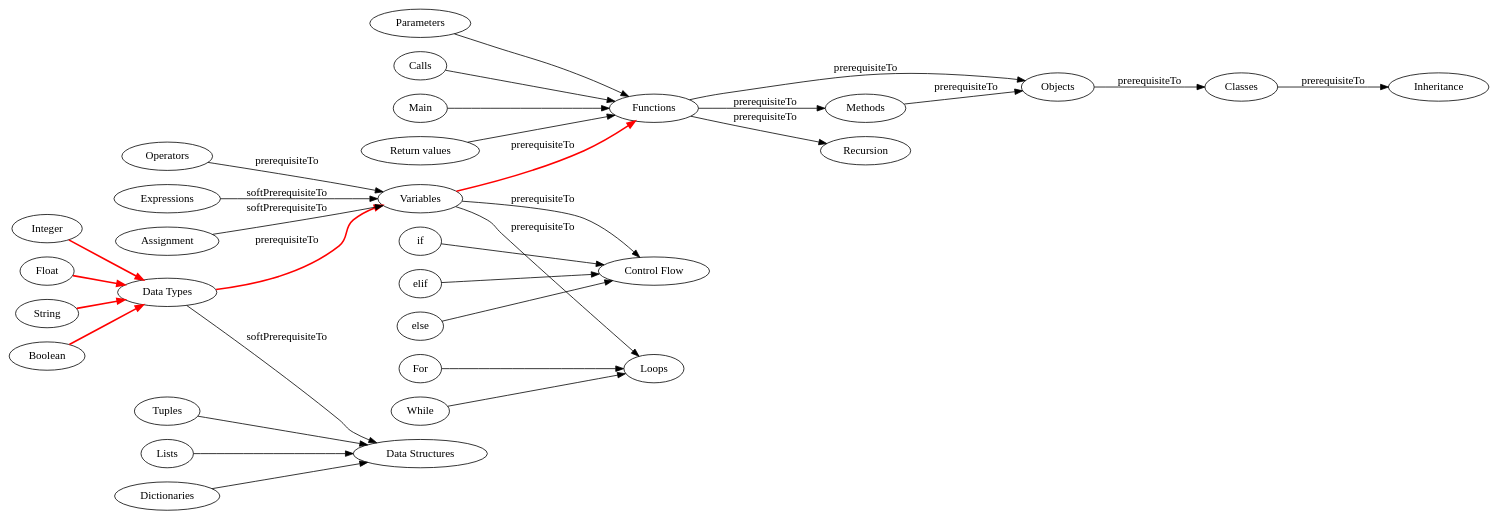
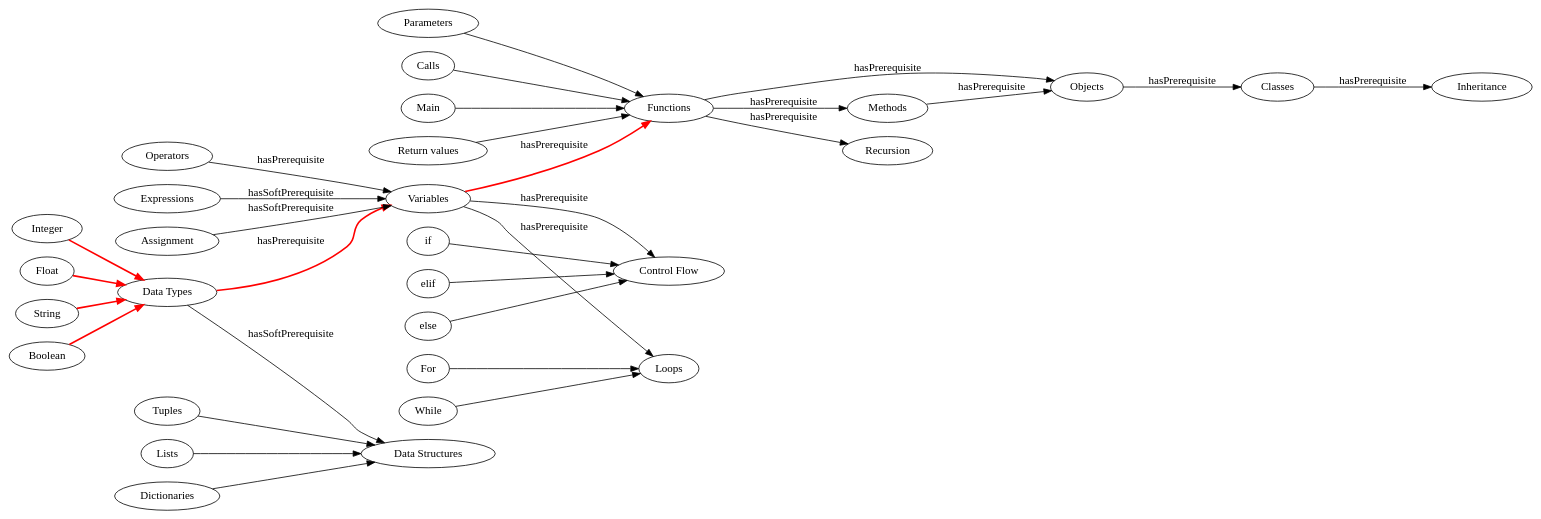
The diagram in graphviz/Sequence1.dot (ezrichards/concept-graph), drawn with Graphviz before and after one commit. The commit also changed 12 other files, not shown here.

```diff
--- a/graphviz/Sequence1.dot
+++ b/graphviz/Sequence1.dot
@@ -1,53 +1,53 @@
 digraph {
    rankdir=LR;
 
    # data types
    "Integer" -> "Data Types" [color=red,penwidth=2.0];
    "Float" -> "Data Types" [color=red,penwidth=2.0];
    "String" -> "Data Types" [color=red,penwidth=2.0];
    "Boolean" -> "Data Types" [color=red,penwidth=2.0];
 
    # nodes into variables
-   "Data Types" -> "Variables" [ label="prerequisiteTo",color=red,penwidth=2.0 ];
-   "Operators" -> "Variables" [ label="prerequisiteTo" ];
-   "Expressions" -> "Variables" [ label="softPrerequisiteTo" ];
-   "Assignment" -> "Variables" [ label="softPrerequisiteTo" ];
+   "Data Types" -> "Variables" [ label="hasPrerequisite",color=red,penwidth=2.0 ];
+   "Operators" -> "Variables" [ label="hasPrerequisite" ];
+   "Expressions" -> "Variables" [ label="hasSoftPrerequisite" ];
+   "Assignment" -> "Variables" [ label="hasSoftPrerequisite" ];
 
    # nodes away from variables
-   "Variables" -> "Functions" [ label="prerequisiteTo", color=red,penwidth=2.0 ];
-   "Variables" -> "Control Flow" [ label="prerequisiteTo" ];
-   "Variables" -> "Loops" [ label="prerequisiteTo" ];
+   "Variables" -> "Functions" [ label="hasPrerequisite", color=red,penwidth=2.0 ];
+   "Variables" -> "Control Flow" [ label="hasPrerequisite" ];
+   "Variables" -> "Loops" [ label="hasPrerequisite" ];
    
    # functions
-   "Functions" -> "Objects" [ label="prerequisiteTo" ];
-   "Functions" -> "Recursion" [ label="prerequisiteTo" ];
-   "Functions" -> "Methods" [ label="prerequisiteTo" ];
+   "Functions" -> "Objects" [ label="hasPrerequisite" ];
+   "Functions" -> "Recursion" [ label="hasPrerequisite" ];
+   "Functions" -> "Methods" [ label="hasPrerequisite" ];
    
-   "Methods" -> "Objects" [ label="prerequisiteTo" ];
+   "Methods" -> "Objects" [ label="hasPrerequisite" ];
 
    # functions children
    "Return values" -> "Functions";
    "Parameters" -> "Functions";
    "Calls" -> "Functions";
    "Main" -> "Functions";
 
    # loops children
    "While" -> "Loops"
    "For" -> "Loops"
 
    # control flow children
    "if" -> "Control Flow"
    "elif" -> "Control Flow"
    "else" -> "Control Flow"
 
    # objects & classes
-   "Objects" -> "Classes" [ label="prerequisiteTo" ];
-   "Classes" -> "Inheritance" [ label="prerequisiteTo" ];
+   "Objects" -> "Classes" [ label="hasPrerequisite" ];
+   "Classes" -> "Inheritance" [ label="hasPrerequisite" ];
    
    # data structures
    "Lists" -> "Data Structures"
    "Dictionaries" -> "Data Structures"
    "Tuples" -> "Data Structures"
 
-   "Data Types" -> "Data Structures" [ label="softPrerequisiteTo" ];
+   "Data Types" -> "Data Structures" [ label="hasSoftPrerequisite" ];
 }
```
